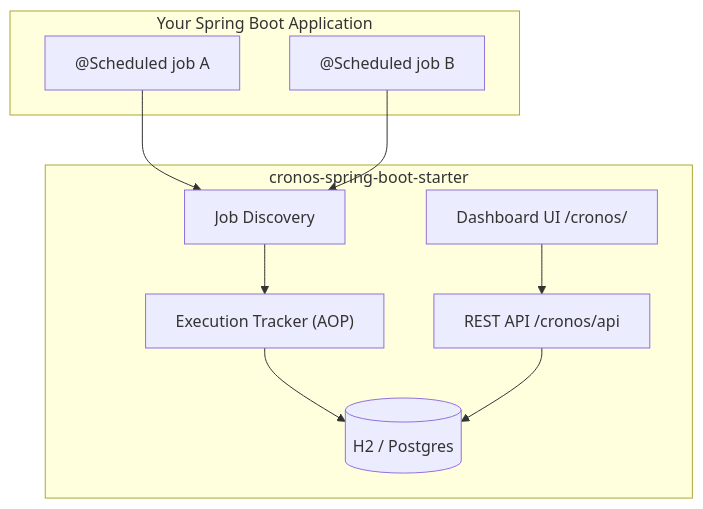
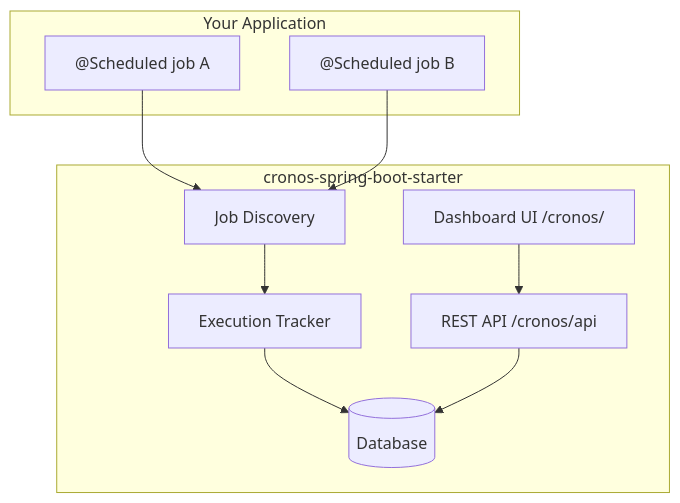
One commit to ibrahimbayramli/cronos changed the diagram in README.md. Above: the diagram before and after it, drawn with Mermaid. The commit also changed other lines of this file and 4 other files, not shown here.

````diff
--- a/README.md
+++ b/README.md
@@ -33,22 +32,22 @@
 ```mermaid
 flowchart TB
-    subgraph App["Your Spring Boot Application"]
+    subgraph App["Your Application"]
         J1["@Scheduled job A"]
         J2["@Scheduled job B"]
     end
 
     subgraph Cronos["cronos-spring-boot-starter"]
         D["Job Discovery"]
-        T["Execution Tracker (AOP)"]
+        T["Execution Tracker"]
         API["REST API /cronos/api"]
         UI["Dashboard UI /cronos/"]
-        DB[("H2 / Postgres")]
+        DB[("Database")]
     end
 
     J1 --> D
     J2 --> D
     D --> T
     T --> DB
     API --> DB
     UI --> API
 ```
````
